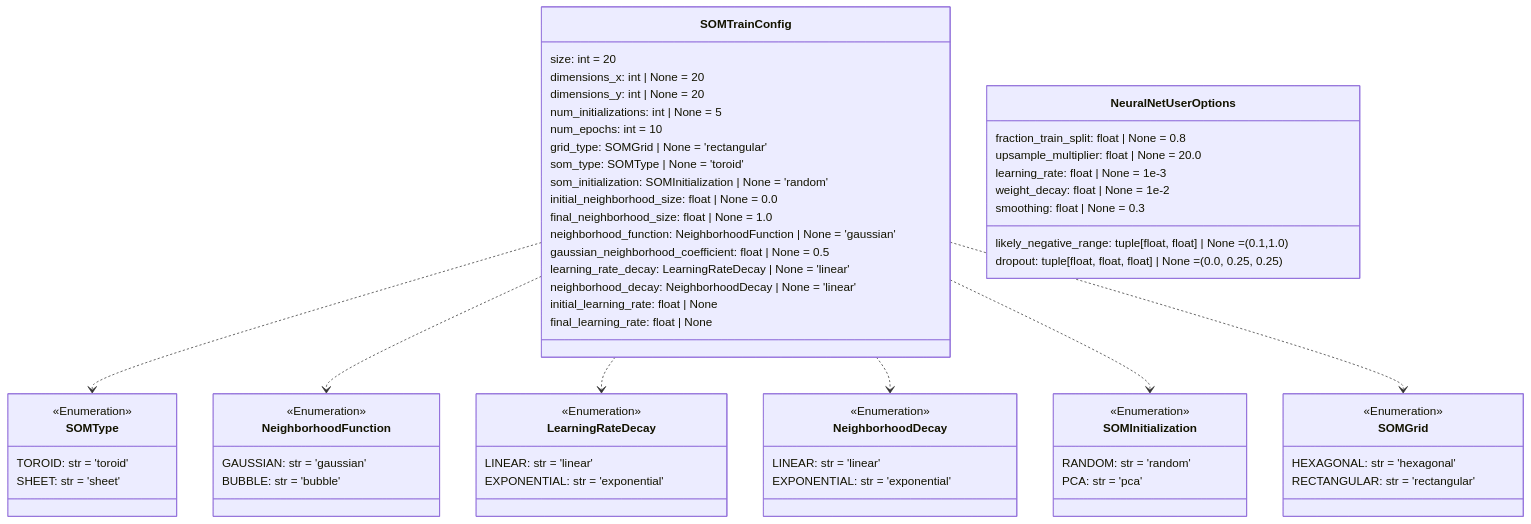
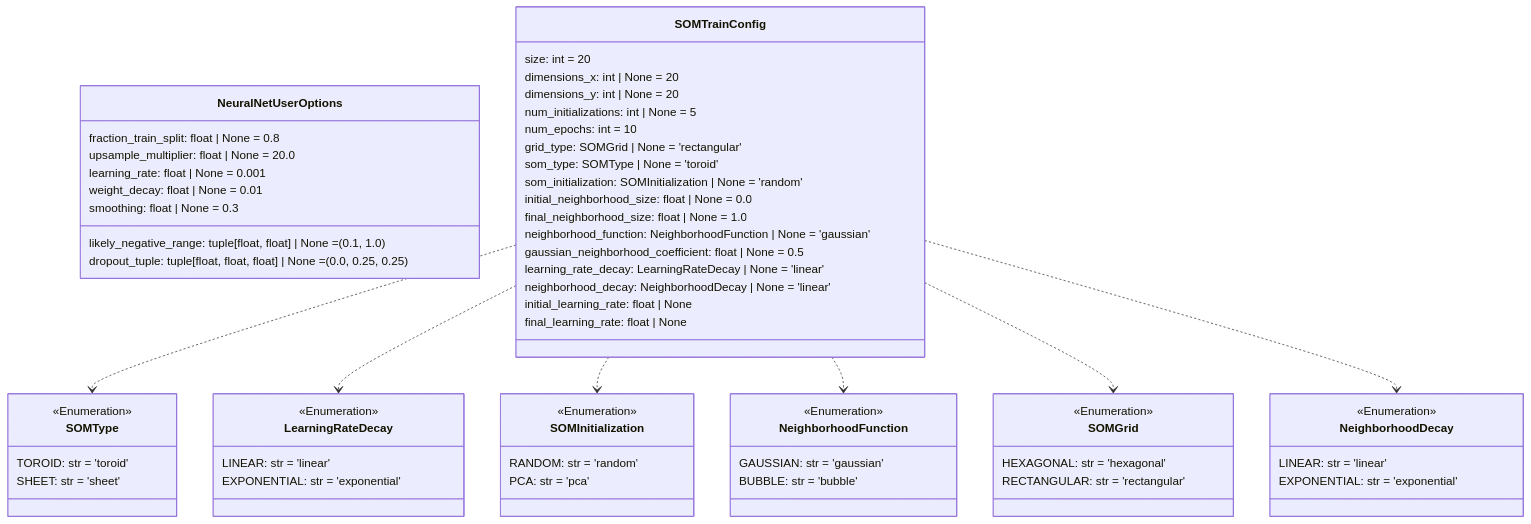
Diagram 14 of 14 in README.md (DARPA-CRITICALMAAS/cdr_schemas), drawn with Mermaid before and after one commit. The commit also changed other lines of this file, not shown here.

````diff
--- a/README.md
+++ b/README.md
@@ -1209,77 +1213,77 @@
 ```mermaid
 classDiagram
+
+    class NeuralNetUserOptions {
+        likely_negative_range: tuple[float, float] | None = (0.1, 1.0)
+        fraction_train_split: float | None = 0.8
+        upsample_multiplier: float | None = 20.0
+        dropout_tuple: tuple[float, float, float] | None = (0.0, 0.25, 0.25)
+        learning_rate: float | None = 0.001
+        weight_decay: float | None = 0.01
+        smoothing: float | None = 0.3
+    }
+
+    class SOMInitialization {
+        <<Enumeration>>
+        RANDOM: str = 'random'
+        PCA: str = 'pca'
+    }
 
     class SOMTrainConfig {
         size: int = 20
         dimensions_x: int | None = 20
         dimensions_y: int | None = 20
         num_initializations: int | None = 5
         num_epochs: int = 10
         grid_type: SOMGrid | None = 'rectangular'
         som_type: SOMType | None = 'toroid'
         som_initialization: SOMInitialization | None = 'random'
         initial_neighborhood_size: float | None = 0.0
         final_neighborhood_size: float | None = 1.0
         neighborhood_function: NeighborhoodFunction | None = 'gaussian'
         gaussian_neighborhood_coefficient: float | None = 0.5
         learning_rate_decay: LearningRateDecay | None = 'linear'
         neighborhood_decay: NeighborhoodDecay | None = 'linear'
         initial_learning_rate: float | None
         final_learning_rate: float | None
     }
 
-    class NeighborhoodFunction {
+    class NeighborhoodDecay {
         <<Enumeration>>
-        GAUSSIAN: str = 'gaussian'
-        BUBBLE: str = 'bubble'
+        LINEAR: str = 'linear'
+        EXPONENTIAL: str = 'exponential'
+    }
+
+    class SOMType {
+        <<Enumeration>>
+        TOROID: str = 'toroid'
+        SHEET: str = 'sheet'
     }
 
     class LearningRateDecay {
         <<Enumeration>>
         LINEAR: str = 'linear'
         EXPONENTIAL: str = 'exponential'
     }
 
+    class NeighborhoodFunction {
+        <<Enumeration>>
+        GAUSSIAN: str = 'gaussian'
+        BUBBLE: str = 'bubble'
+    }
+
     class SOMGrid {
         <<Enumeration>>
         HEXAGONAL: str = 'hexagonal'
         RECTANGULAR: str = 'rectangular'
     }
 
-    class SOMType {
-        <<Enumeration>>
-        TOROID: str = 'toroid'
-        SHEET: str = 'sheet'
-    }
-
-    class NeuralNetUserOptions {
-        likely_negative_range: tuple[float, float] | None = (0.1,1.0)
-        fraction_train_split: float | None = 0.8
-        upsample_multiplier: float | None = 20.0
-        dropout: tuple[float, float, float] | None = (0.0, 0.25, 0.25)
-        learning_rate: float | None = 1e-3
-        weight_decay: float | None = 1e-2
-        smoothing: float | None = 0.3
-    }
-
-    class NeighborhoodDecay {
-        <<Enumeration>>
-        LINEAR: str = 'linear'
-        EXPONENTIAL: str = 'exponential'
-    }
-
-    class SOMInitialization {
-        <<Enumeration>>
-        RANDOM: str = 'random'
-        PCA: str = 'pca'
-    }
-
     SOMTrainConfig ..> SOMType
+    SOMTrainConfig ..> LearningRateDecay
+    SOMTrainConfig ..> SOMInitialization
     SOMTrainConfig ..> NeighborhoodFunction
-    SOMTrainConfig ..> LearningRateDecay
+    SOMTrainConfig ..> SOMGrid
     SOMTrainConfig ..> NeighborhoodDecay
-    SOMTrainConfig ..> SOMInitialization
-    SOMTrainConfig ..> SOMGrid
 
 
 ```
````
